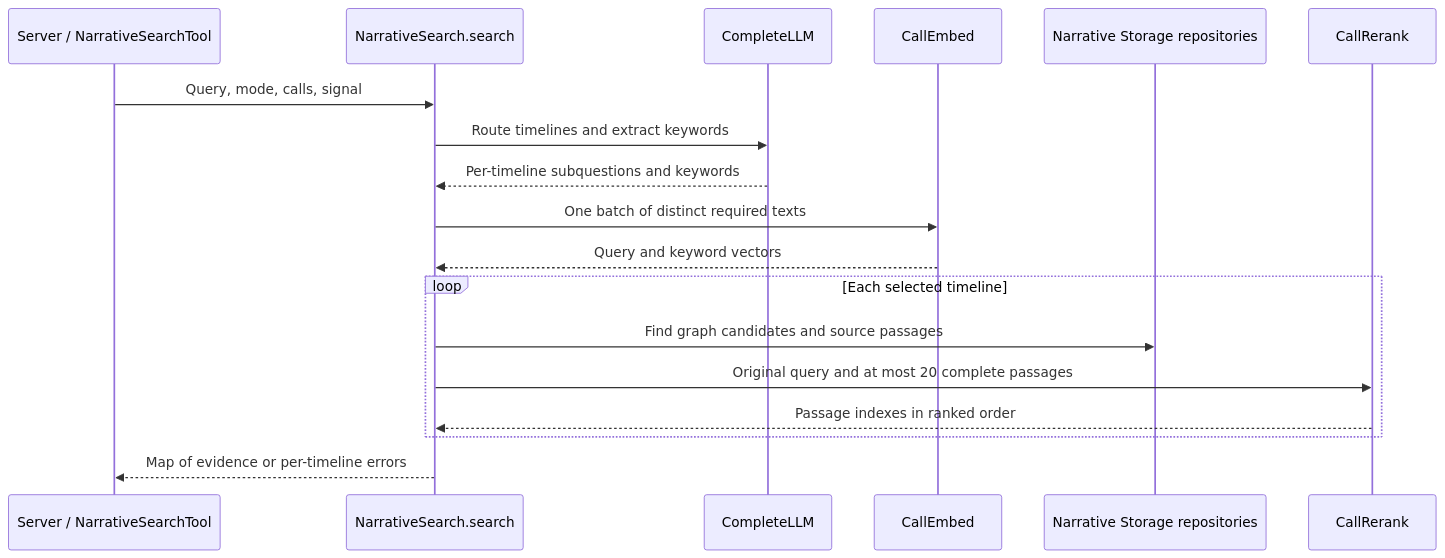
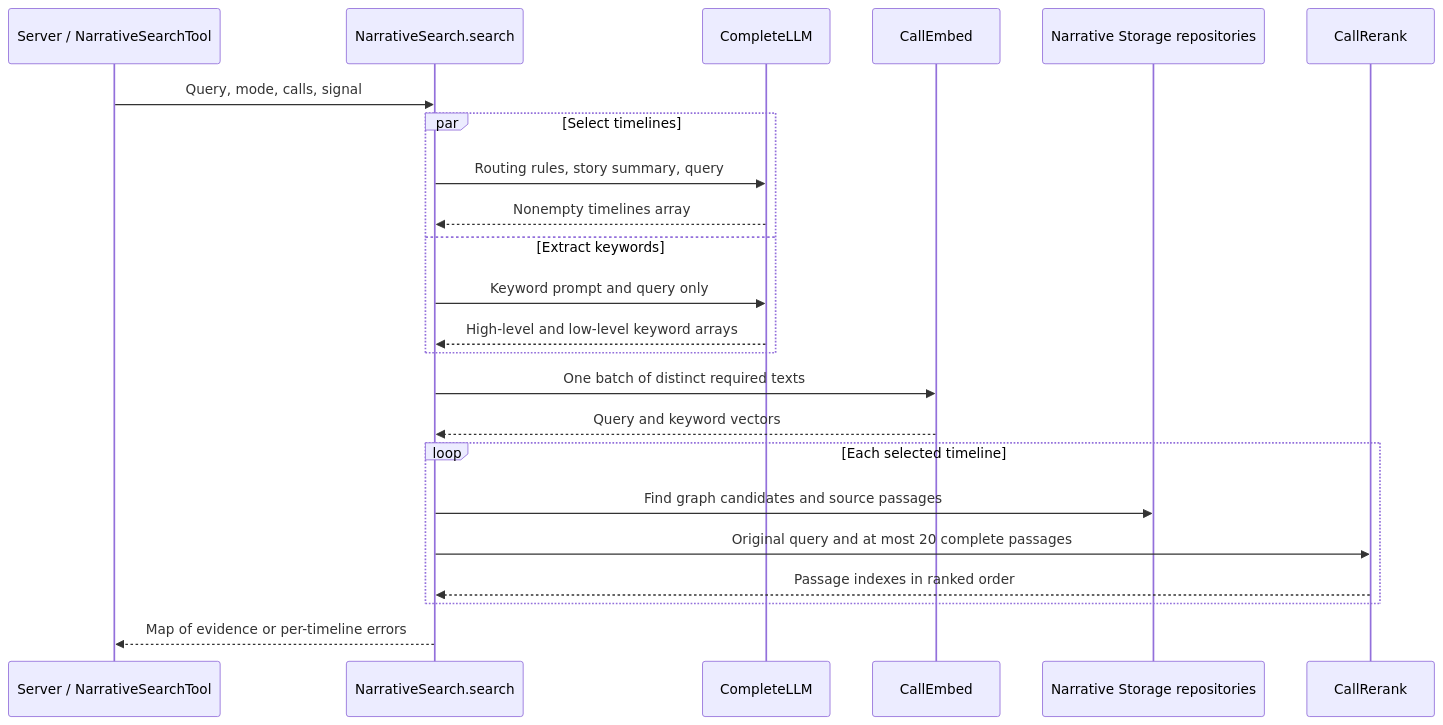
One commit to chengyuZou/EmaAgent changed the diagram in src/narrative/README.md. Above: the diagram before and after it, drawn with Mermaid. The commit also changed other lines of this file and 16 other files, not shown here.

````diff
--- a/src/narrative/README.md
+++ b/src/narrative/README.md
@@ -36,20 +36,25 @@
 ```mermaid
 sequenceDiagram
     participant Host as Server / NarrativeSearchTool
     participant Search as NarrativeSearch.search
     participant LLM as CompleteLLM
     participant Embed as CallEmbed
     participant DB as Narrative Storage repositories
     participant Rank as CallRerank
     Host->>Search: Query, mode, calls, signal
-    Search->>LLM: Route timelines and extract keywords
-    LLM-->>Search: Per-timeline subquestions and keywords
+    par Select timelines
+        Search->>LLM: Routing rules, story summary, query
+        LLM-->>Search: Nonempty timelines array
+    and Extract keywords
+        Search->>LLM: Keyword prompt and query only
+        LLM-->>Search: High-level and low-level keyword arrays
+    end
     Search->>Embed: One batch of distinct required texts
     Embed-->>Search: Query and keyword vectors
     loop Each selected timeline
         Search->>DB: Find graph candidates and source passages
         Search->>Rank: Original query and at most 20 complete passages
         Rank-->>Search: Passage indexes in ranked order
     end
     Search-->>Host: Map of evidence or per-timeline errors
 ```
````
